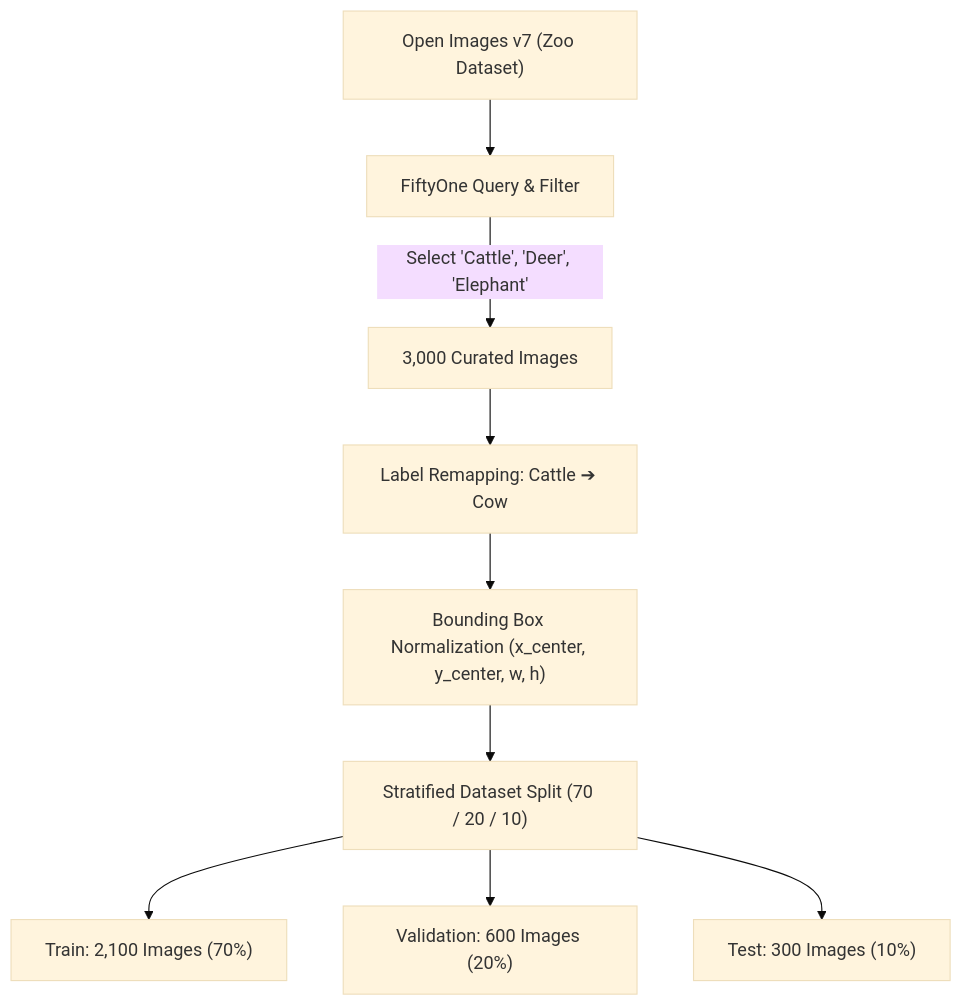
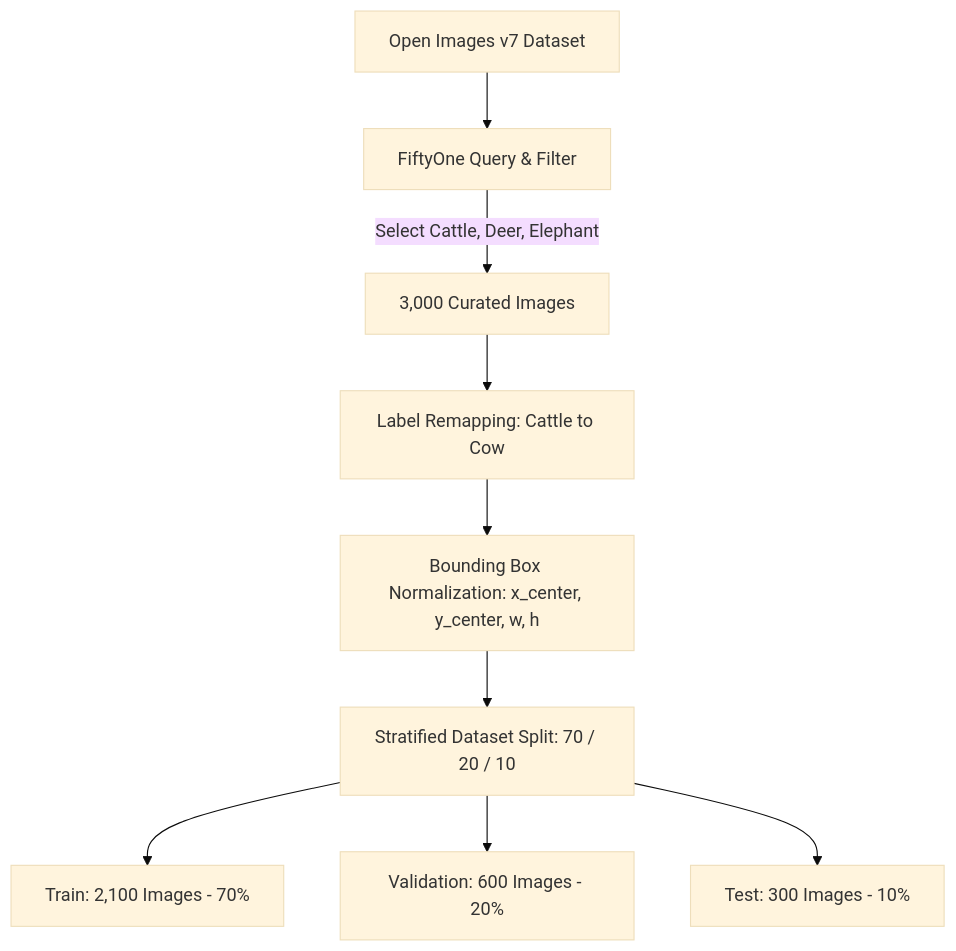
One commit to sejalgajbhiye-ui/Crop-Suraksha-Kavach changed the third of 3 diagrams in README.md. Above: the diagram before and after it, drawn with Mermaid (base theme). The commit also changed other lines of this file, not shown here.

Commit message:
Fix Mermaid diagram syntax for GitHub markdown rendering

````diff
--- a/README.md
+++ b/README.md
@@ -162,11 +155,11 @@
 ```mermaid
 flowchart TD
-    OIV7["Open Images v7 (Zoo Dataset)"] --> FO["FiftyOne Query & Filter"]
-    FO -->|"Select 'Cattle', 'Deer', 'Elephant'"| SAMPLES["3,000 Curated Images"]
-    SAMPLES --> MAP["Label Remapping: Cattle ➔ Cow"]
-    MAP --> YOLO_CONV["Bounding Box Normalization (x_center, y_center, w, h)"]
-    YOLO_CONV --> SPLIT["Stratified Dataset Split (70 / 20 / 10)"]
-    SPLIT --> D_TRAIN["Train: 2,100 Images (70%)"]
-    SPLIT --> D_VAL["Validation: 600 Images (20%)"]
-    SPLIT --> D_TEST["Test: 300 Images (10%)"]
+    OIV7[Open Images v7 Dataset] --> FO[FiftyOne Query & Filter]
+    FO -->|Select Cattle, Deer, Elephant| SAMPLES[3,000 Curated Images]
+    SAMPLES --> MAP[Label Remapping: Cattle to Cow]
+    MAP --> YOLO_CONV[Bounding Box Normalization: x_center, y_center, w, h]
+    YOLO_CONV --> SPLIT[Stratified Dataset Split: 70 / 20 / 10]
+    SPLIT --> D_TRAIN[Train: 2,100 Images - 70%]
+    SPLIT --> D_VAL[Validation: 600 Images - 20%]
+    SPLIT --> D_TEST[Test: 300 Images - 10%]
 ```
````
